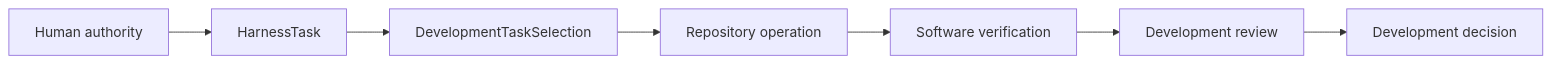
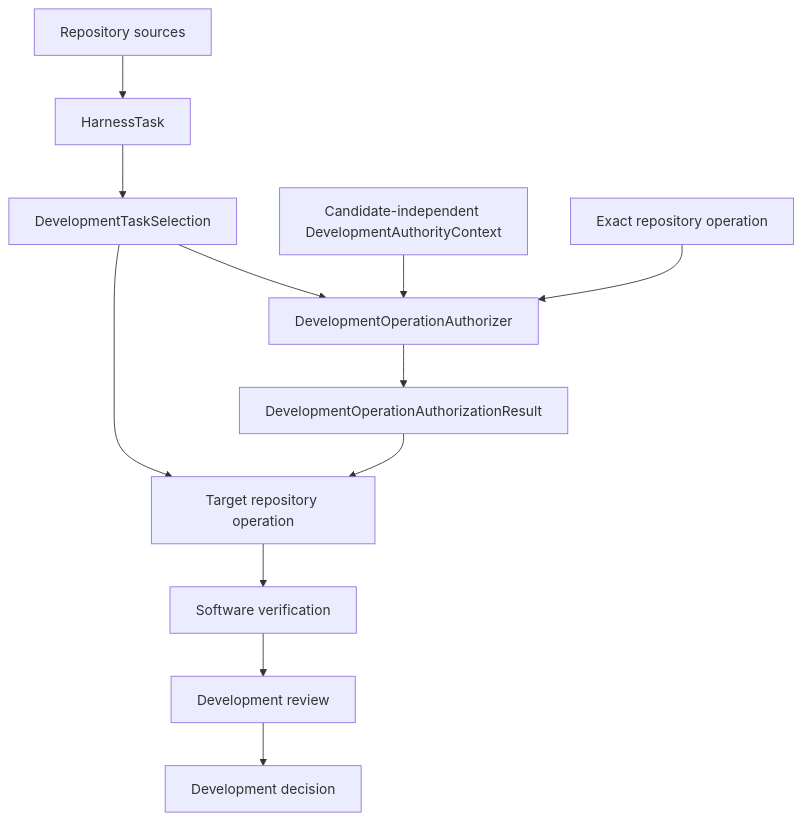
Before and after one commit to eragasa/ksdft2effmass: the first of 2 diagrams in docs/architecture/v2/harness/index.md, drawn with Mermaid. The commit also changed other lines of this file and 80 other files, not shown here.

Commit message:
docs: reconcile architecture v2

````diff
--- a/docs/architecture/v2/harness/index.md
+++ b/docs/architecture/v2/harness/index.md
@@ -7,9 +7,14 @@
 ```mermaid
-flowchart LR
-    human["Human authority"] --> task["HarnessTask"]
+flowchart TD
+    sources["Repository sources"] --> task["HarnessTask"]
     task --> selection["DevelopmentTaskSelection"]
-    selection --> operation["Repository operation"]
+    authority["Candidate-independent DevelopmentAuthorityContext"] --> authorizer["DevelopmentOperationAuthorizer"]
+    selection --> authorizer
+    request["Exact repository operation"] --> authorizer
+    authorizer --> authorization["DevelopmentOperationAuthorizationResult"]
+    authorization --> operation["Target repository operation"]
+    selection --> operation
     operation --> verification["Software verification"]
     verification --> review["Development review"]
     review --> decision["Development decision"]
 ```
````
